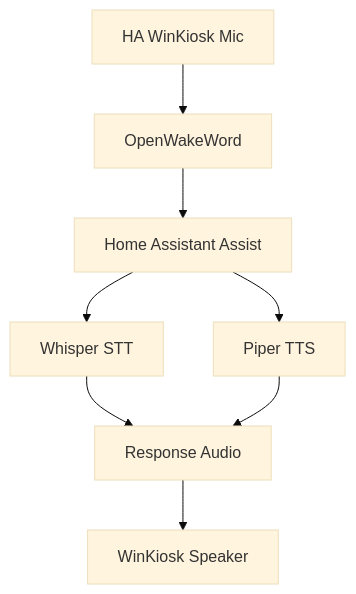
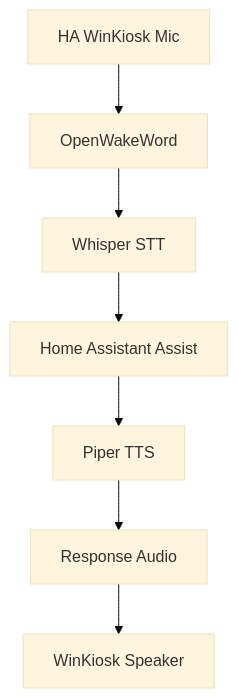
Before and after one commit to kattcrazy/HA-WinKiosk: the diagram in README.md, drawn with Mermaid (base theme). The commit also changed other lines of this file and 16 other files, not shown here.

````diff
--- a/README.md
+++ b/README.md
@@ -59,10 +59,9 @@
 ```mermaid
 flowchart TD
     A[HA WinKiosk Mic] --> B[OpenWakeWord]
-    B --> C[Home Assistant Assist]
-    C --> D[Whisper STT]
-    C --> E[Piper TTS]
-    D --> F[Response Audio]
-    E --> F
+    B --> C[Whisper STT]
+    C --> D[Home Assistant Assist]
+    D --> E[Piper TTS]
+    E --> F[Response Audio]
     F --> G[WinKiosk Speaker]
 ```
````
